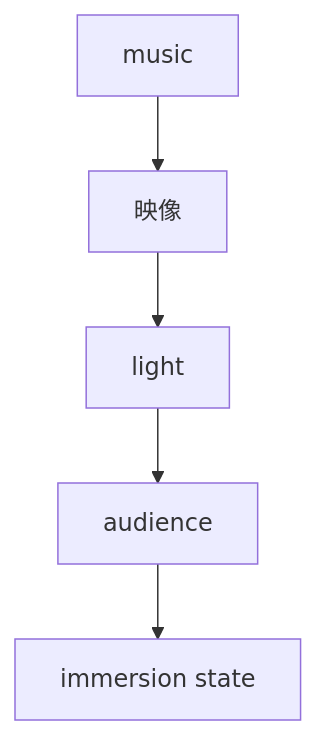
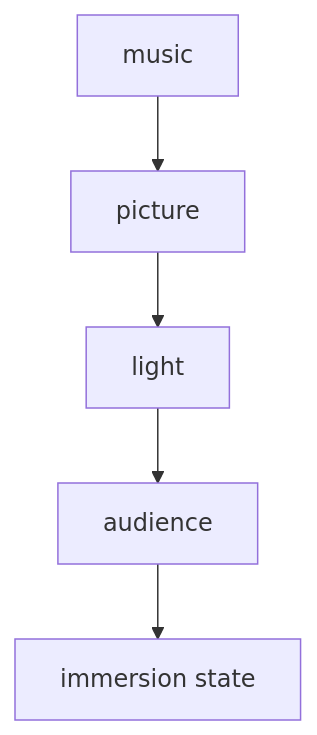
One commit to monumental-movement/monumental-movement.github.io changed the first of 3 diagrams in en/_posts/2026-04-25-column-andy-warhol-velvet-underground.md. Above: the diagram before and after it, drawn with Mermaid. The commit also changed other lines of this file and 851 other files, not shown here.

```diff
--- a/en/_posts/2026-04-25-column-andy-warhol-velvet-underground.md
+++ b/en/_posts/2026-04-25-column-andy-warhol-velvet-underground.md
@@ -86,7 +86,7 @@
 <div class="mermaid">
 flowchart TD
-A[music] --> B[映像]
+A[music] --> B[picture]
 B --> C[light]
 C --> D[audience]
 D --> E[immersion state]
 </div>
```
